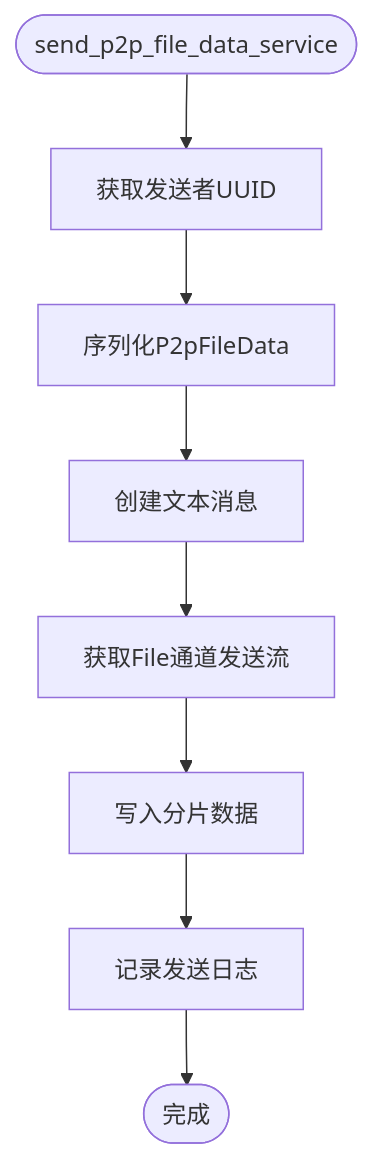
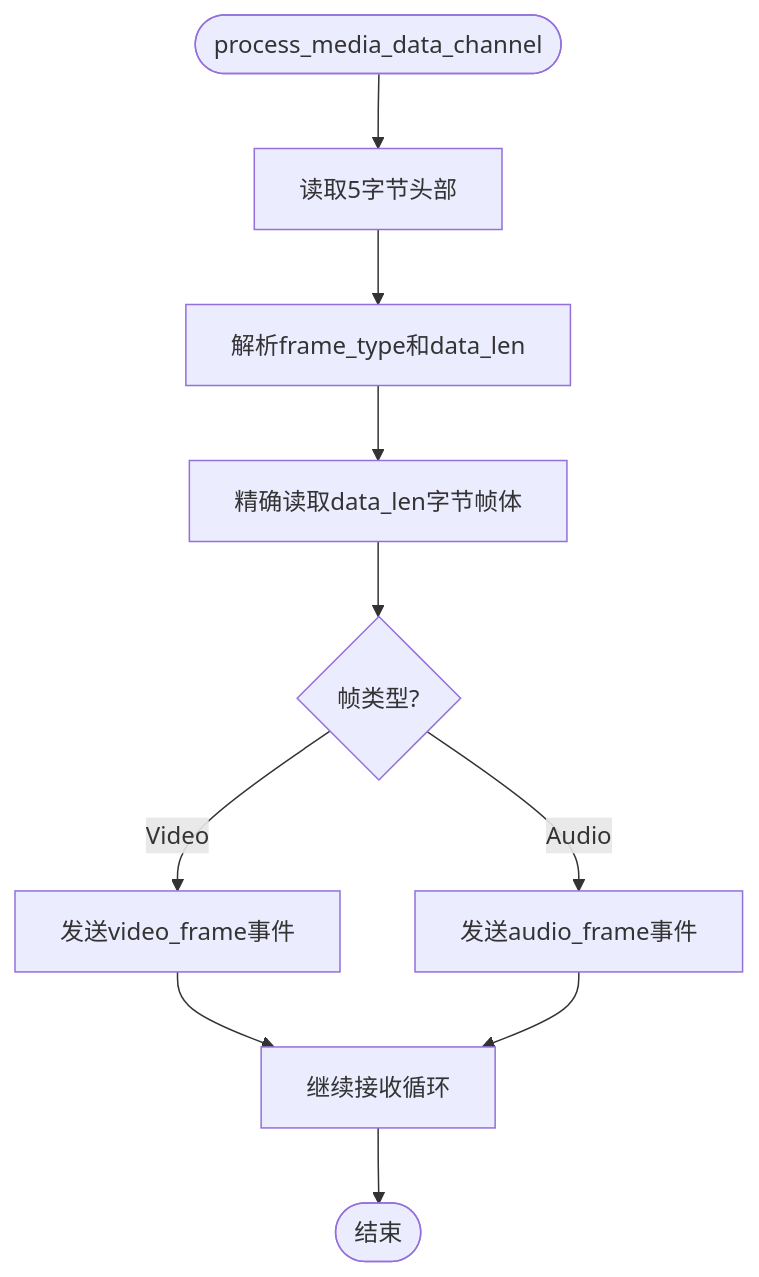
One commit to nicolastinger/only-talk-app changed diagram 11 of 17 in .qoder/repowiki/zh/content/后端服务/P2P服务.md. Above: the diagram before and after it, drawn with Mermaid. The commit also changed other lines of this file and 5 other files, not shown here.

````diff
--- a/.qoder/repowiki/zh/content/后端服务/P2P服务.md
+++ b/.qoder/repowiki/zh/content/后端服务/P2P服务.md
@@ -616,10 +640,12 @@
 ```mermaid
 flowchart TD
-Start(["send_p2p_file_data_service"]) --> GetSender["获取发送者UUID"]
-GetSender --> Serialize["序列化P2pFileData"]
-Serialize --> CreateMsg["创建文本消息"]
-CreateMsg --> GetStream["获取File通道发送流"]
-GetStream --> WriteData["写入分片数据"]
-WriteData --> Log["记录发送日志"]
-Log --> End(["完成"])
+Start(["process_media_data_channel"]) --> ReadHeader["读取5字节头部"]
+ReadHeader --> ParseHeader["解析frame_type和data_len"]
+ParseHeader --> ReadBody["精确读取data_len字节帧体"]
+ReadBody --> Dispatch{"帧类型?"}
+Dispatch --> |Video| EmitVideo["发送video_frame事件"]
+Dispatch --> |Audio| EmitAudio["发送audio_frame事件"]
+EmitVideo --> Loop["继续接收循环"]
+EmitAudio --> Loop
+Loop --> End(["结束"])
 ```
````
